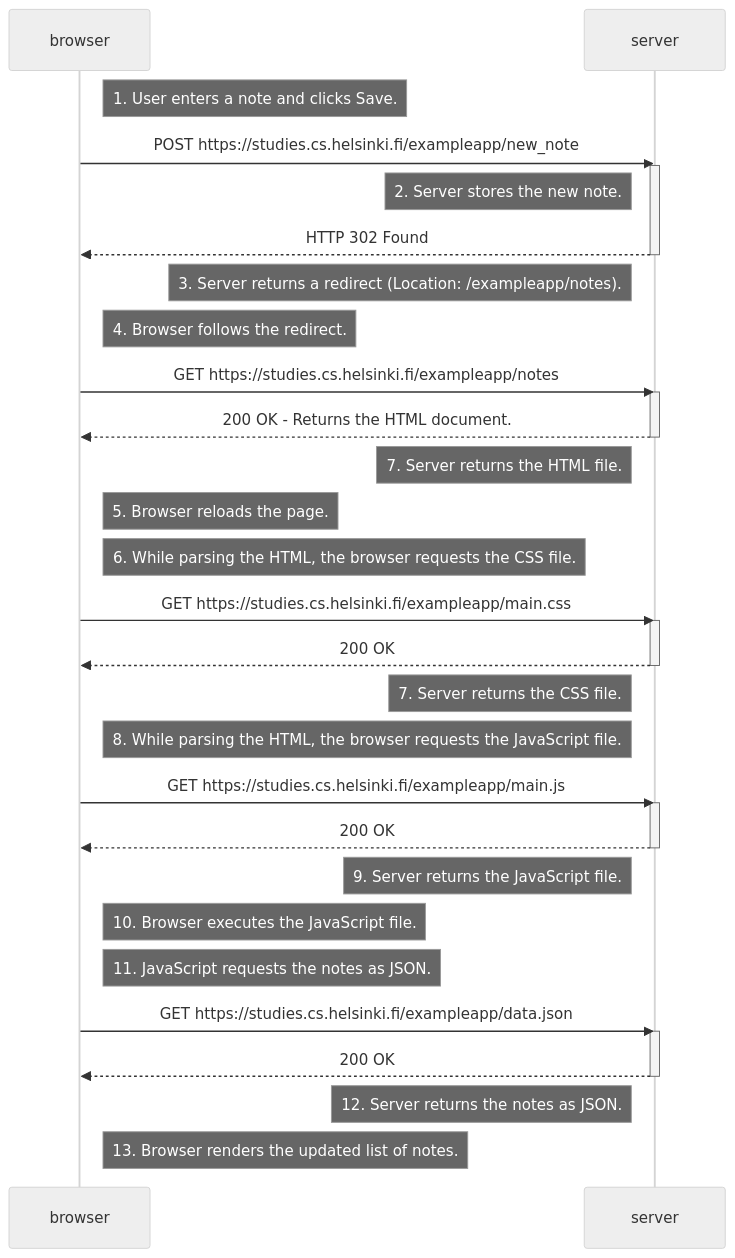
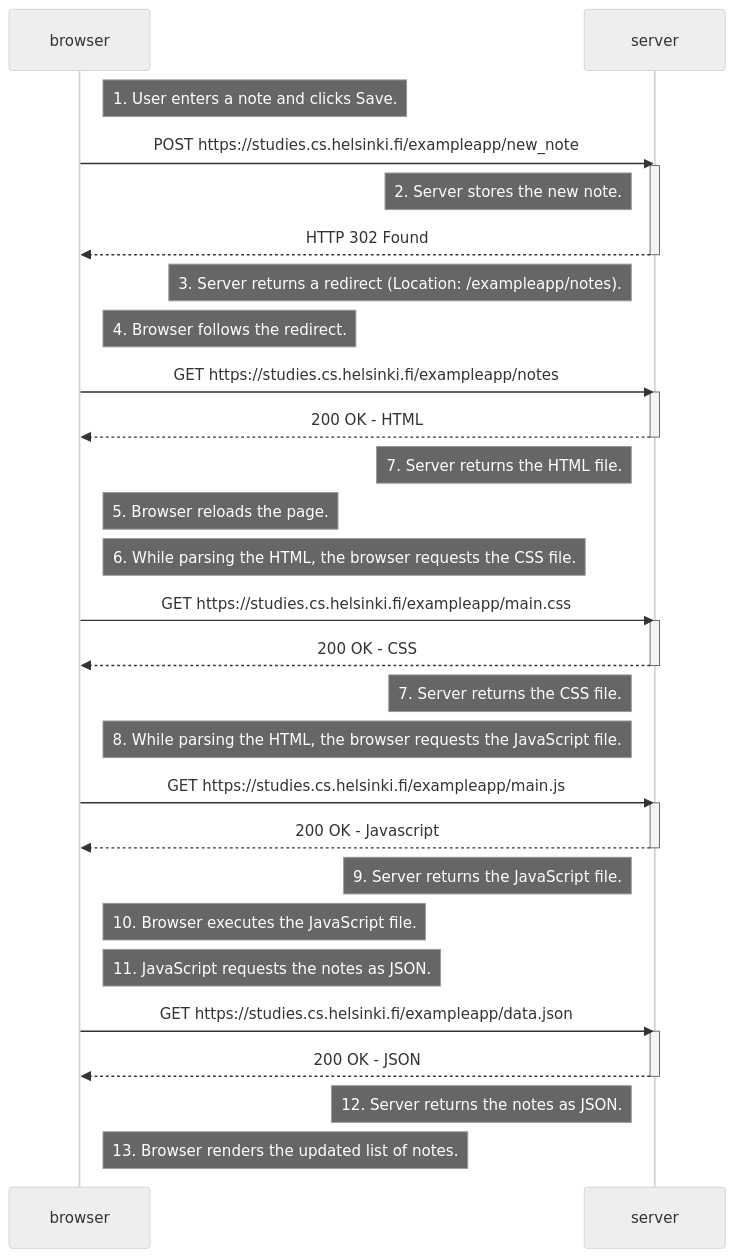
One commit to DrFinger2/fullstackopen-2026 changed the diagram in osa0/0.4.md. Above: the diagram before and after it, drawn with Mermaid (neutral theme).

Commit message:
Update mermaid diagram with HTTP response details

````diff
--- a/osa0/0.4.md
+++ b/osa0/0.4.md
@@ -1,47 +1,47 @@
 ```mermaid
 sequenceDiagram
     participant browser
     participant server
 
     Note right of browser: 1. User enters a note and clicks Save.
     browser->>server: POST https://studies.cs.helsinki.fi/exampleapp/new_note
     activate server
     Note left of server: 2. Server stores the new note.
     server-->>browser: HTTP 302 Found
     deactivate server
     Note left of server: 3. Server returns a redirect (Location: /exampleapp/notes).
 
     Note right of browser: 4. Browser follows the redirect.
     browser->>server: GET https://studies.cs.helsinki.fi/exampleapp/notes
     activate server
-    server-->>browser: 200 OK - Returns the HTML document.
+    server-->>browser: 200 OK - HTML
     deactivate server
     Note left of server: 7. Server returns the HTML file.
 
     Note right of browser: 5. Browser reloads the page.
 
     Note right of browser: 6. While parsing the HTML, the browser requests the CSS file.
     browser->>server: GET https://studies.cs.helsinki.fi/exampleapp/main.css
     activate server
-    server-->>browser: 200 OK
+    server-->>browser: 200 OK - CSS
     deactivate server
     Note left of server: 7. Server returns the CSS file.
 
     Note right of browser: 8. While parsing the HTML, the browser requests the JavaScript file.
     browser->>server: GET https://studies.cs.helsinki.fi/exampleapp/main.js
     activate server
-    server-->>browser: 200 OK
+    server-->>browser: 200 OK - Javascript
     deactivate server
     Note left of server: 9. Server returns the JavaScript file.
 
     Note right of browser: 10. Browser executes the JavaScript file.
 
     Note right of browser: 11. JavaScript requests the notes as JSON.
     browser->>server: GET https://studies.cs.helsinki.fi/exampleapp/data.json
     activate server
-    server-->>browser: 200 OK
+    server-->>browser: 200 OK - JSON
     deactivate server
     Note left of server: 12. Server returns the notes as JSON.
 
     Note right of browser: 13. Browser renders the updated list of notes.
 ```
````
